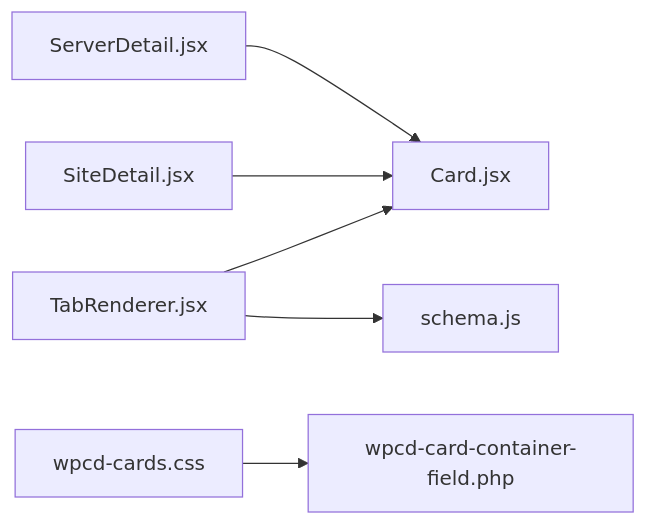
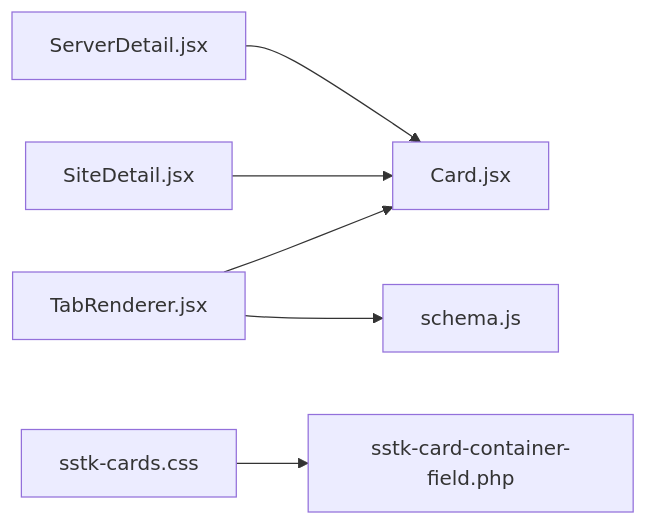
The fifth of 5 diagrams in .qoder/repowiki/en/content/React Admin Interface/UI Components Library/Card Component.md (onedogsolutions/simple-stack), drawn with Mermaid before and after one commit. The commit also changed other lines of this file and 5941 other files, not shown here.

````diff
--- a/.qoder/repowiki/en/content/React Admin Interface/UI Components Library/Card Component.md
+++ b/.qoder/repowiki/en/content/React Admin Interface/UI Components Library/Card Component.md
@@ -303,8 +303,8 @@
 ```mermaid
 graph LR
 ServerDetail["ServerDetail.jsx"] --> CardJS["Card.jsx"]
 SiteDetail["SiteDetail.jsx"] --> CardJS
 TabRenderer["TabRenderer.jsx"] --> CardJS
 TabRenderer --> Schema["schema.js"]
-CSS["wpcd-cards.css"] --> ContainerField["wpcd-card-container-field.php"]
+CSS["sstk-cards.css"] --> ContainerField["sstk-card-container-field.php"]
 ```
````
